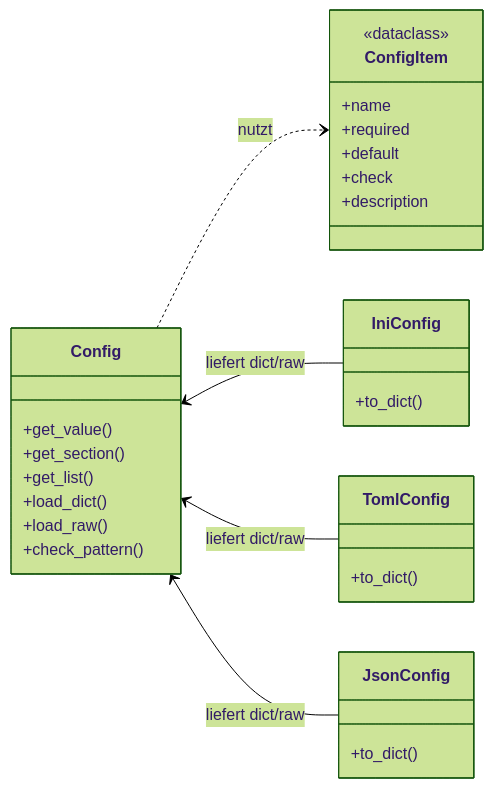
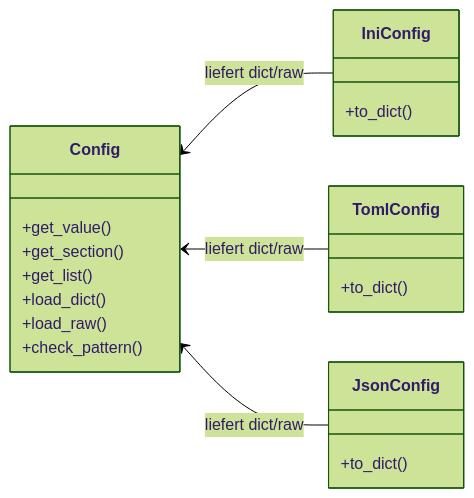
Before and after one commit to macodix/pifos: the fourth of 7 diagrams in docs/04_implementierungsplan.md, drawn with Mermaid (forest theme). The commit also changed other lines of this file, not shown here.

Commit message:
Konfig-/Parameter-Deklaration vereinfacht: CONFIG/PARAMS sind Namenslisten, ConfigItem entfaellt; check_pattern-Ablauf und name->pattern

````diff
--- a/docs/04_implementierungsplan.md
+++ b/docs/04_implementierungsplan.md
@@ -223,35 +223,26 @@
 ```mermaid
 classDiagram
     direction LR
 
     class Config {
         +get_value()
         +get_section()
         +get_list()
         +load_dict()
         +load_raw()
         +check_pattern()
     }
-    class ConfigItem {
-        <<dataclass>>
-        +name
-        +required
-        +default
-        +check
-        +description
-    }
     class IniConfig {
         +to_dict()
     }
     class TomlConfig {
         +to_dict()
     }
     class JsonConfig {
         +to_dict()
     }
 
-    Config ..> ConfigItem : nutzt
     Config <-- IniConfig : liefert dict/raw
     Config <-- TomlConfig : liefert dict/raw
     Config <-- JsonConfig : liefert dict/raw
 ```
````
